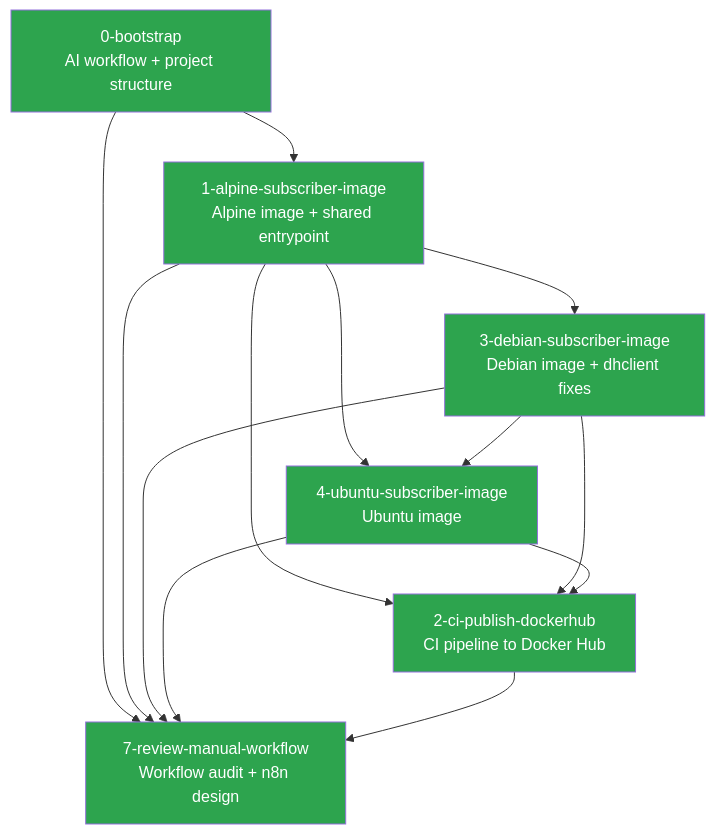
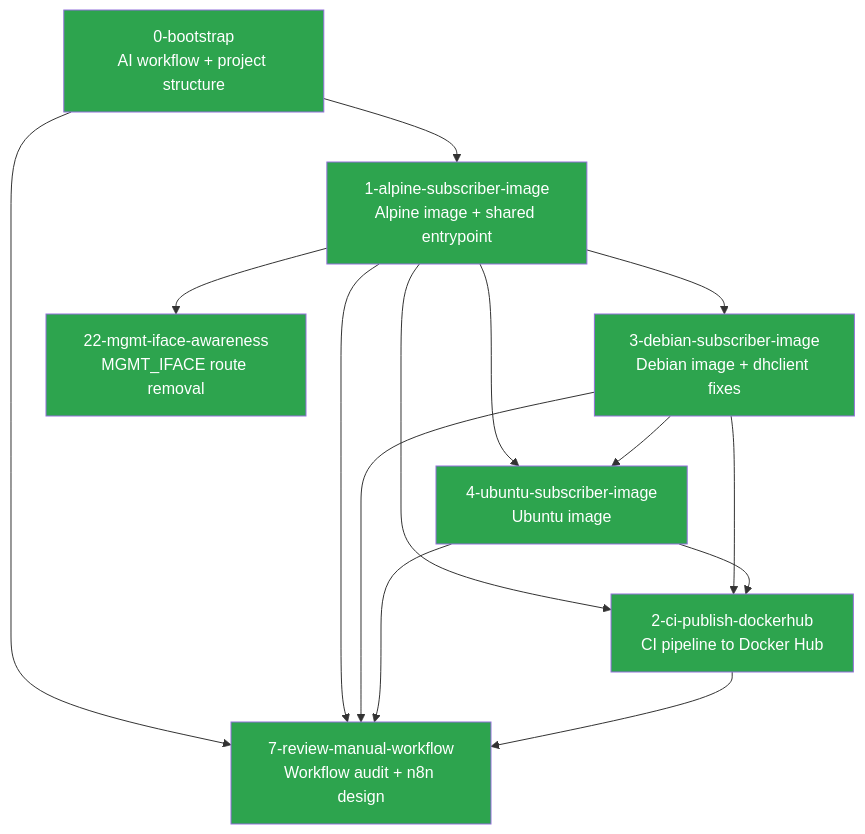
One commit to veesix-networks/bngtester changed the diagram in context/SUMMARY.md. Above: the diagram before and after it, drawn with Mermaid. The commit also changed other lines of this file and 1 other file, not shown here.

First line of the commit message:
feat(entrypoint): add management interface default route removal (#22)

````diff
--- a/context/SUMMARY.md
+++ b/context/SUMMARY.md
@@ -24,30 +25,32 @@
 ```mermaid
 graph TD
     B[0-bootstrap<br/>AI workflow + project structure]
     A[1-alpine-subscriber-image<br/>Alpine image + shared entrypoint]
     D[3-debian-subscriber-image<br/>Debian image + dhclient fixes]
     U[4-ubuntu-subscriber-image<br/>Ubuntu image]
     CI[2-ci-publish-dockerhub<br/>CI pipeline to Docker Hub]
 
     WF[7-review-manual-workflow<br/>Workflow audit + n8n design]
 
     B --> A
     A --> D
     A --> U
     D --> U
     A --> CI
     D --> CI
     U --> CI
     B --> WF
     A --> WF
     D --> WF
     U --> WF
     CI --> WF
+    A --> MI[22-mgmt-iface-awareness<br/>MGMT_IFACE route removal]
 
     style B fill:#2da44e,color:#fff
     style A fill:#2da44e,color:#fff
     style D fill:#2da44e,color:#fff
     style U fill:#2da44e,color:#fff
     style CI fill:#2da44e,color:#fff
     style WF fill:#2da44e,color:#fff
+    style MI fill:#2da44e,color:#fff
 ```
````
